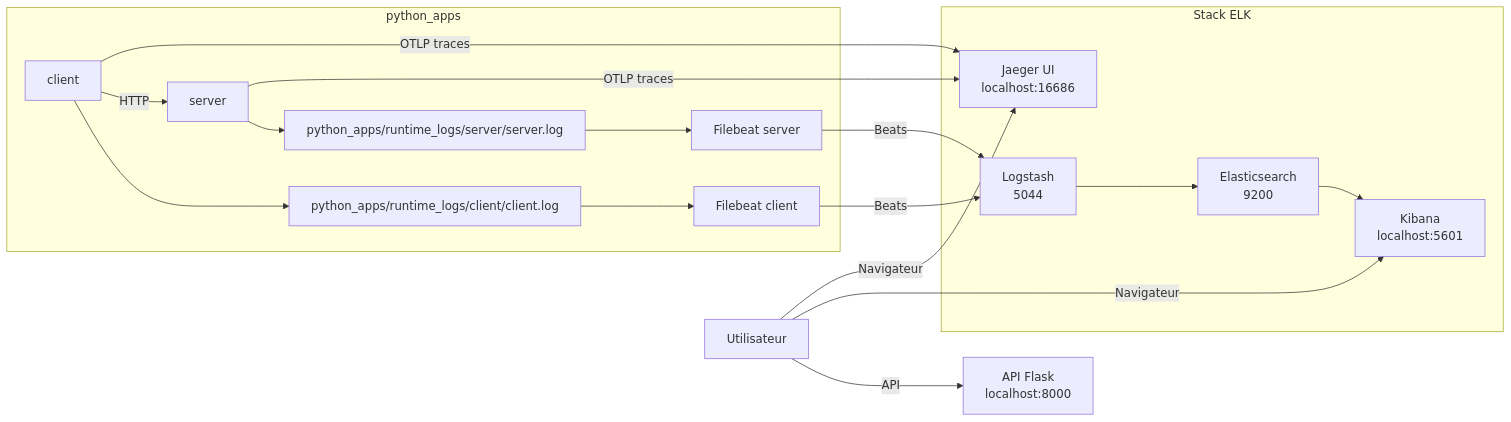
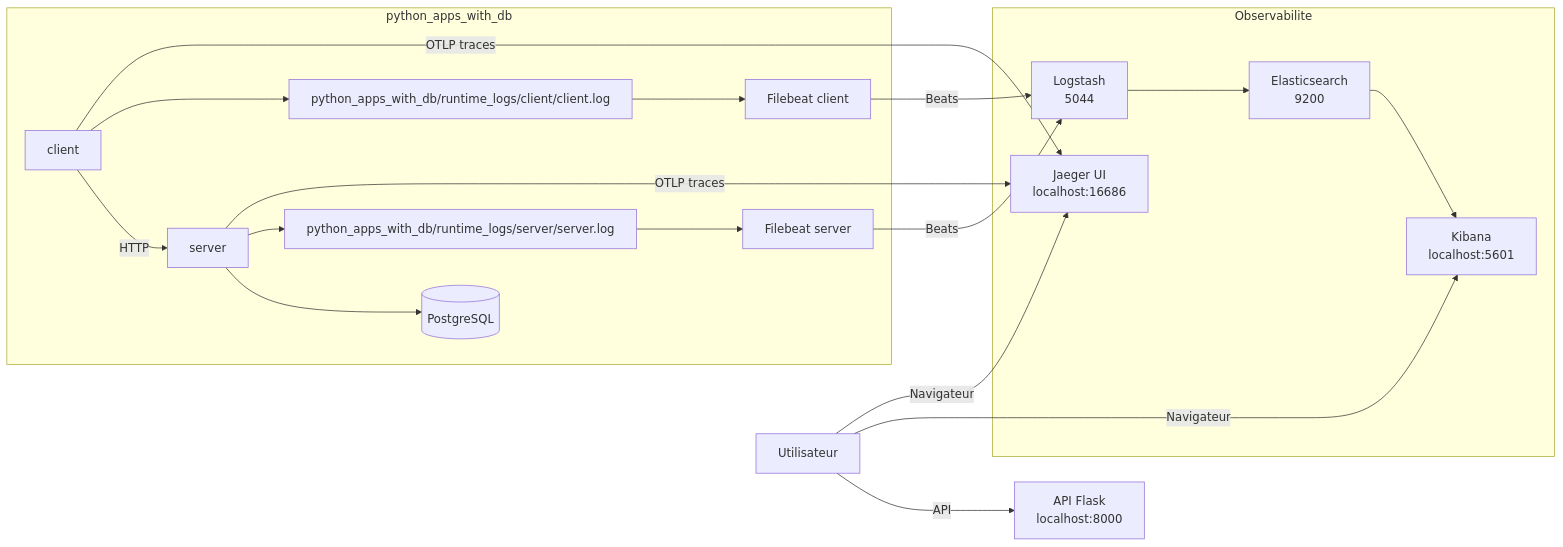
The diagram in README.md (RobinThiriet/ELK), drawn with Mermaid before and after one commit. The commit also changed other lines of this file and 14 other files, not shown here.

Commit message:
Add consigne 5 with python_apps_with_db and PostgreSQL

````diff
--- a/README.md
+++ b/README.md
@@ -23,35 +26,37 @@
 ```mermaid
 flowchart LR
     U[Utilisateur] -->|API| API[API Flask<br/>localhost:8000]
     U -->|Navigateur| K[Kibana<br/>localhost:5601]
     U -->|Navigateur| J[Jaeger UI<br/>localhost:16686]
 
-    subgraph APPS[python_apps]
+    subgraph APPS[python_apps_with_db]
         S[server]
         C[client]
-        SL[python_apps/runtime_logs/server/server.log]
-        CL[python_apps/runtime_logs/client/client.log]
+        DB[(PostgreSQL)]
+        SL[python_apps_with_db/runtime_logs/server/server.log]
+        CL[python_apps_with_db/runtime_logs/client/client.log]
         FBS[Filebeat server]
         FBC[Filebeat client]
 
+        C -->|HTTP| S
+        S --> DB
         S --> SL
         C --> CL
         SL --> FBS
         CL --> FBC
     end
 
-    subgraph ELK[Stack ELK]
+    subgraph OBS[Observabilite]
         L[Logstash<br/>5044]
         E[Elasticsearch<br/>9200]
         K
         J
     end
 
-    C -->|HTTP| S
-    C -->|OTLP traces| J
-    S -->|OTLP traces| J
     FBS -->|Beats| L
     FBC -->|Beats| L
     L --> E
     E --> K
+    S -->|OTLP traces| J
+    C -->|OTLP traces| J
 ```
````
